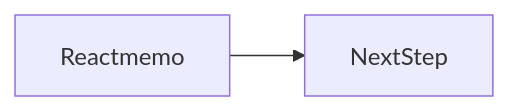
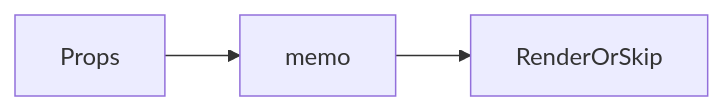
The second of 2 diagrams in docs/en/10-react/react-memo/index.md (OmidJavaherii/Frontend-Engineering-Handbook), drawn with Mermaid before and after one commit. The commit also changed other lines of this file and 461 other files, not shown here.

````diff
--- a/docs/en/10-react/react-memo/index.md
+++ b/docs/en/10-react/react-memo/index.md
@@ -96,4 +108,4 @@
 ```mermaid
 flowchart LR
-  concept[Reactmemo] --> nextStep[NextStep]
+  Props --> memoComp[memo] --> RenderOrSkip
 ```
````
